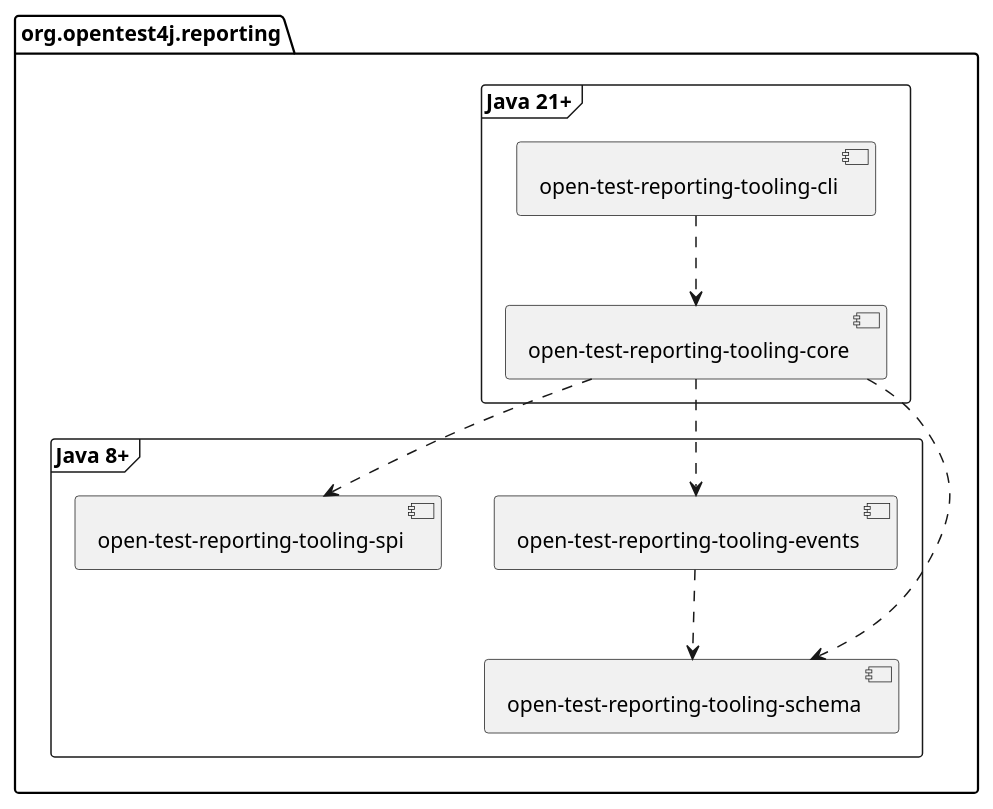
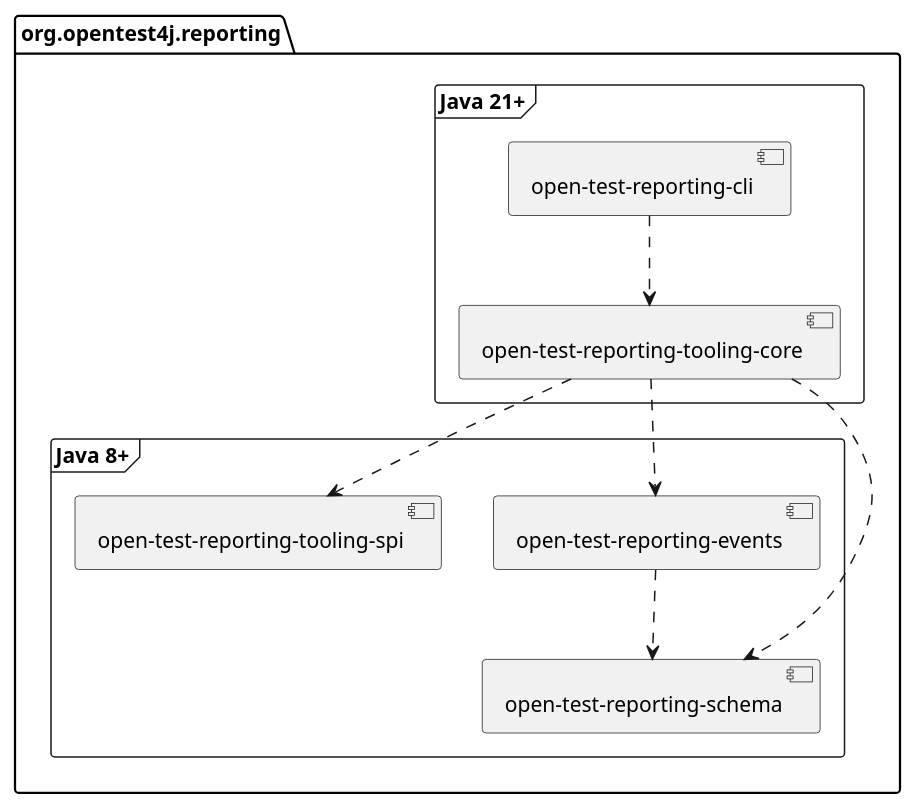
Before and after one commit to ota4j-team/open-test-reporting: the diagram in documentation/component-diagram.puml, drawn with PlantUML.

Commit message:
Fix module names

```diff
--- a/documentation/component-diagram.puml
+++ b/documentation/component-diagram.puml
@@ -1,27 +1,27 @@
 @startuml
 
 skinparam {
     defaultFontName sans-serif
 }
 
 package org.opentest4j.reporting {
     frame "Java 21+" {
-        [open-test-reporting-tooling-cli] as cli
+        [open-test-reporting-cli] as cli
         [open-test-reporting-tooling-core] as tooling_core
     }
     frame "Java 8+" {
-        [open-test-reporting-tooling-events] as events
-        [open-test-reporting-tooling-schema] as schema
+        [open-test-reporting-events] as events
+        [open-test-reporting-schema] as schema
         [open-test-reporting-tooling-spi] as tooling_spi
     }
 }
 
 cli ..> tooling_core
 
 events ..> schema
 
 tooling_core ..> schema
 tooling_core ..> events
 tooling_core ..> tooling_spi
 
 @enduml
```
